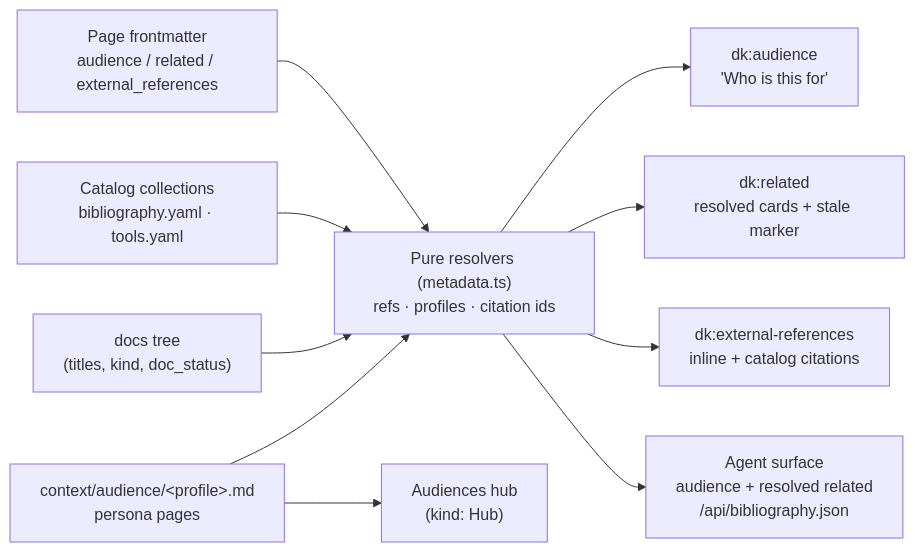
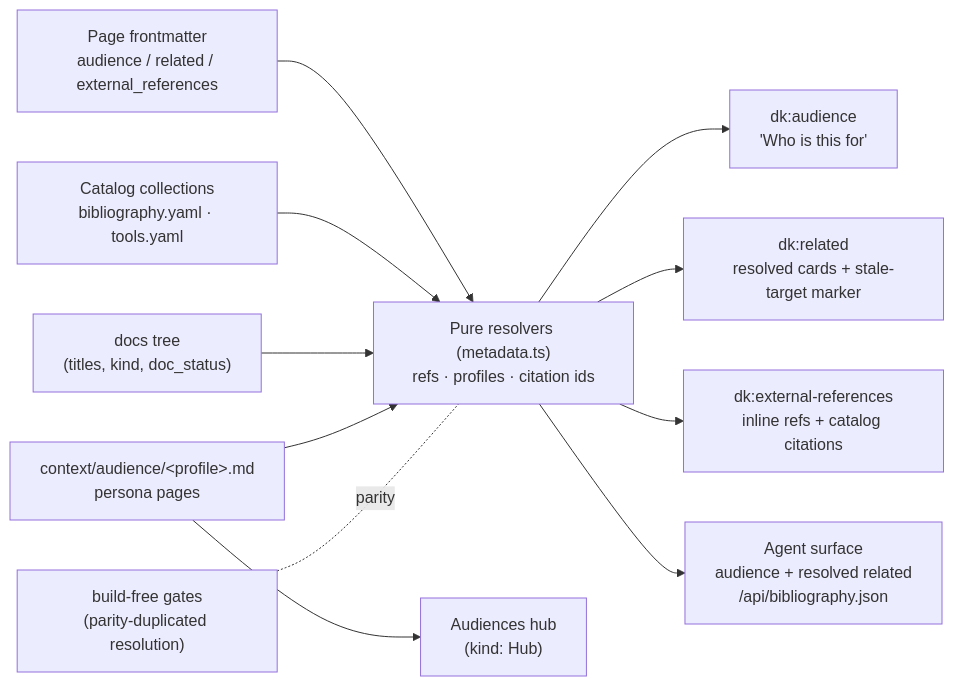
Before and after one commit to spec-kitty/doc-kitty: the diagram in kitty-specs/audience-related-external-references-01M0S3F4/spec.md, drawn with Mermaid. The commit also changed other lines of this file and 4 other files, not shown here.

````diff
--- a/kitty-specs/audience-related-external-references-01M0S3F4/spec.md
+++ b/kitty-specs/audience-related-external-references-01M0S3F4/spec.md
@@ -46,12 +47,13 @@
 ```mermaid
 flowchart LR
   FM["Page frontmatter<br/>audience / related / external_references"] --> RES
   CAT["Catalog collections<br/>bibliography.yaml · tools.yaml"] --> RES
   TREE["docs tree<br/>(titles, kind, doc_status)"] --> RES
   PERS["context/audience/&lt;profile&gt;.md<br/>persona pages"] --> RES
   RES["Pure resolvers (metadata.ts)<br/>refs · profiles · citation ids"] --> AUD["dk:audience<br/>'Who is this for'"]
-  RES --> REL["dk:related<br/>resolved cards + stale marker"]
-  RES --> EXT["dk:external-references<br/>inline + catalog citations"]
+  RES --> REL["dk:related<br/>resolved cards + stale-target marker"]
+  RES --> EXT["dk:external-references<br/>inline refs + catalog citations"]
   RES --> API["Agent surface<br/>audience + resolved related<br/>/api/bibliography.json"]
   PERS --> HUB["Audiences hub<br/>(kind: Hub)"]
+  DUP["build-free gates<br/>(parity-duplicated resolution)"] -. parity .- RES
 ```
````
